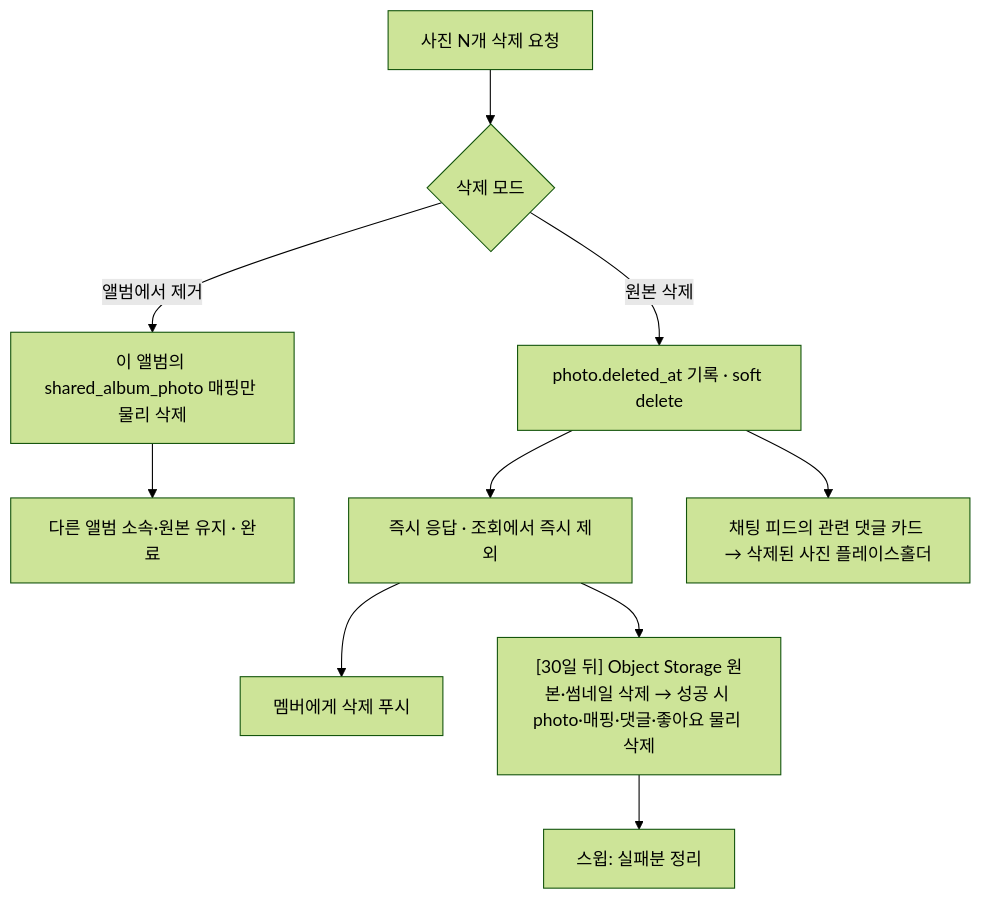
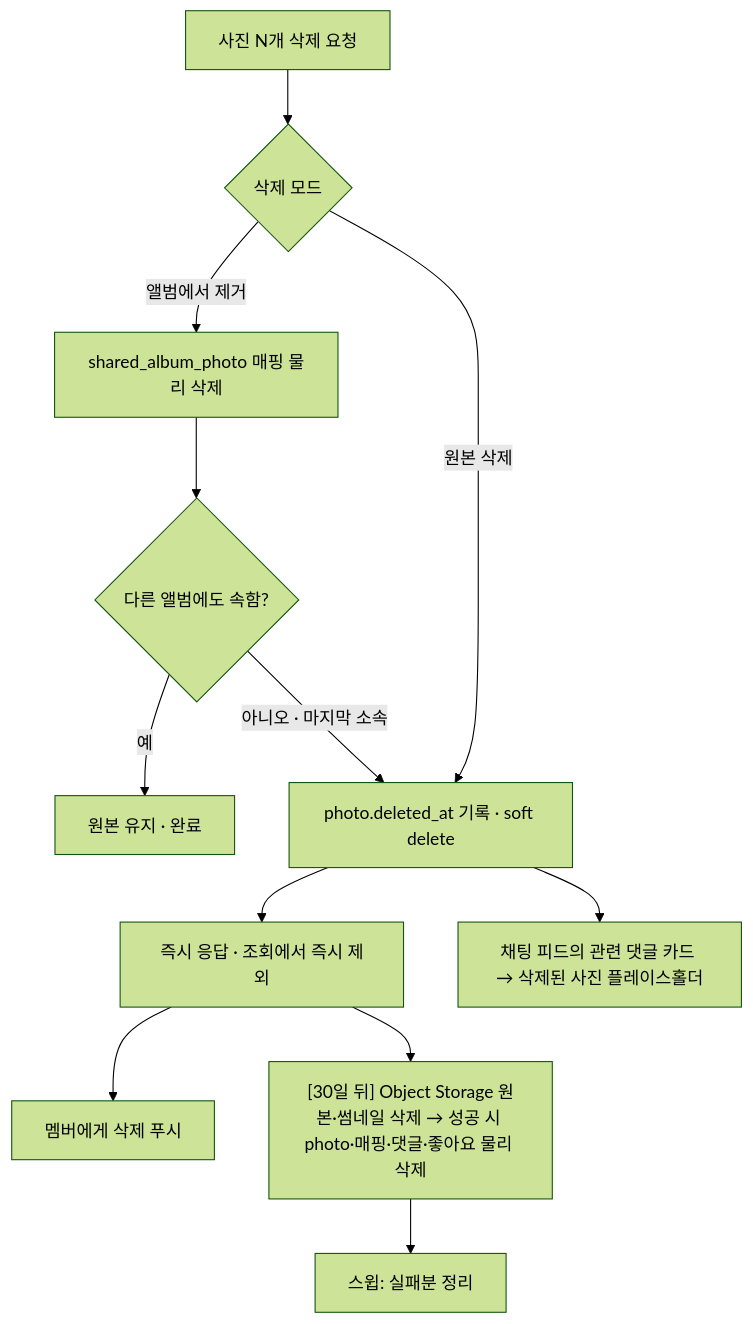
One commit to zipzip-team/zipzip-server changed the fifth of 9 diagrams in docs/architecture/backend-architecture.md. Above: the diagram before and after it, drawn with Mermaid (forest theme). The commit also changed other lines of this file and 7 other files, not shown here.

````diff
--- a/docs/architecture/backend-architecture.md
+++ b/docs/architecture/backend-architecture.md
@@ -267,12 +267,14 @@
 ```mermaid
 flowchart TD
     A[사진 N개 삭제 요청] --> B{삭제 모드}
-    B -->|앨범에서 제거| C[이 앨범의 shared_album_photo 매핑만 물리 삭제]
-    C --> D[다른 앨범 소속·원본 유지 · 완료]
+    B -->|앨범에서 제거| C[shared_album_photo 매핑 물리 삭제]
+    C --> C2{다른 앨범에도 속함?}
+    C2 -->|예| D[원본 유지 · 완료]
+    C2 -->|아니오 · 마지막 소속| F
     B -->|원본 삭제| F[photo.deleted_at 기록 · soft delete]
     F --> G[즉시 응답 · 조회에서 즉시 제외]
     G --> H[멤버에게 삭제 푸시]
     G --> I["[30일 뒤] Object Storage 원본·썸네일 삭제 → 성공 시 photo·매핑·댓글·좋아요 물리 삭제"]
     I --> J[스윕: 실패분 정리]
     F --> K[채팅 피드의 관련 댓글 카드 → 삭제된 사진 플레이스홀더]
 ```
````
